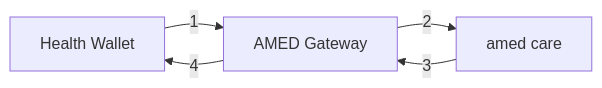
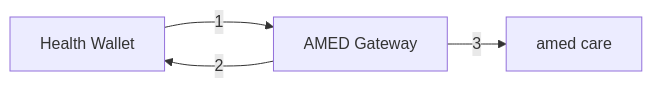
Before and after one commit to lionants02/public: the third of 4 diagrams in ktb-amed/README.md, drawn with Mermaid. The commit also changed other lines of this file, not shown here.

Commit message:
update flow

````diff
--- a/ktb-amed/README.md
+++ b/ktb-amed/README.md
@@ -63,11 +63,10 @@
-        ```mermaid
-        flowchart LR
-            hw["Health Wallet"]
-            gw["AMED Gateway"]
-            amed["amed care"]
+```mermaid
+flowchart LR
+    hw["Health Wallet"]
+    gw["AMED Gateway"]
+    amed["amed care"]
 
-            hw -->|"1"| gw
-            gw -->|"2"| amed
-            amed -->|"3"| gw
-            gw -->|"4"| hw
-        ```
+    hw --->|"1"| gw
+    gw --->|"2"| hw
+    gw -->|"3"| amed
+```
````
